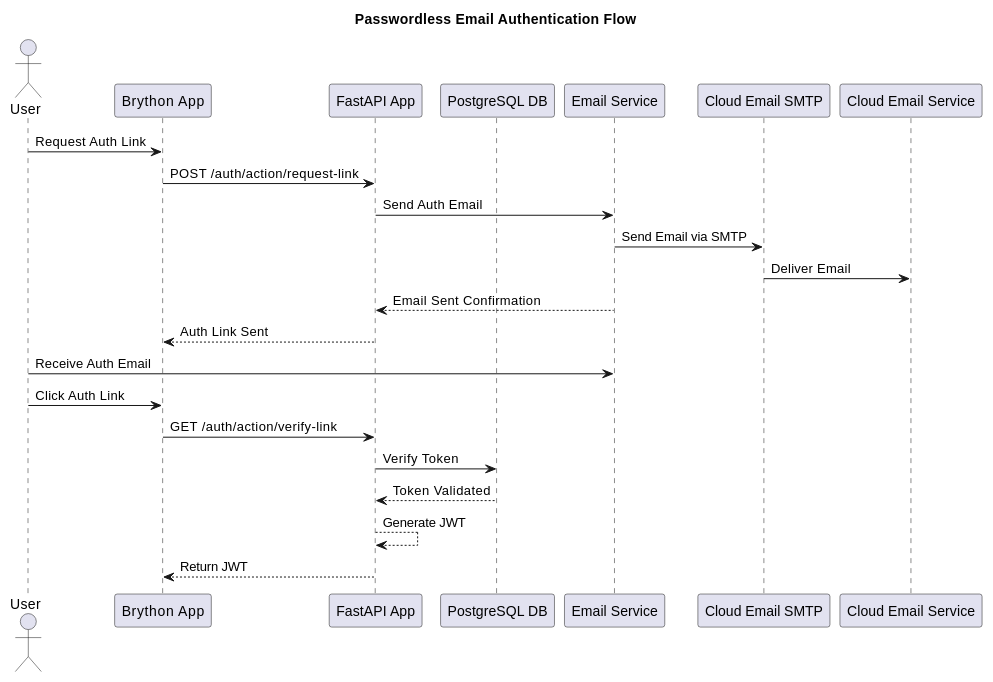
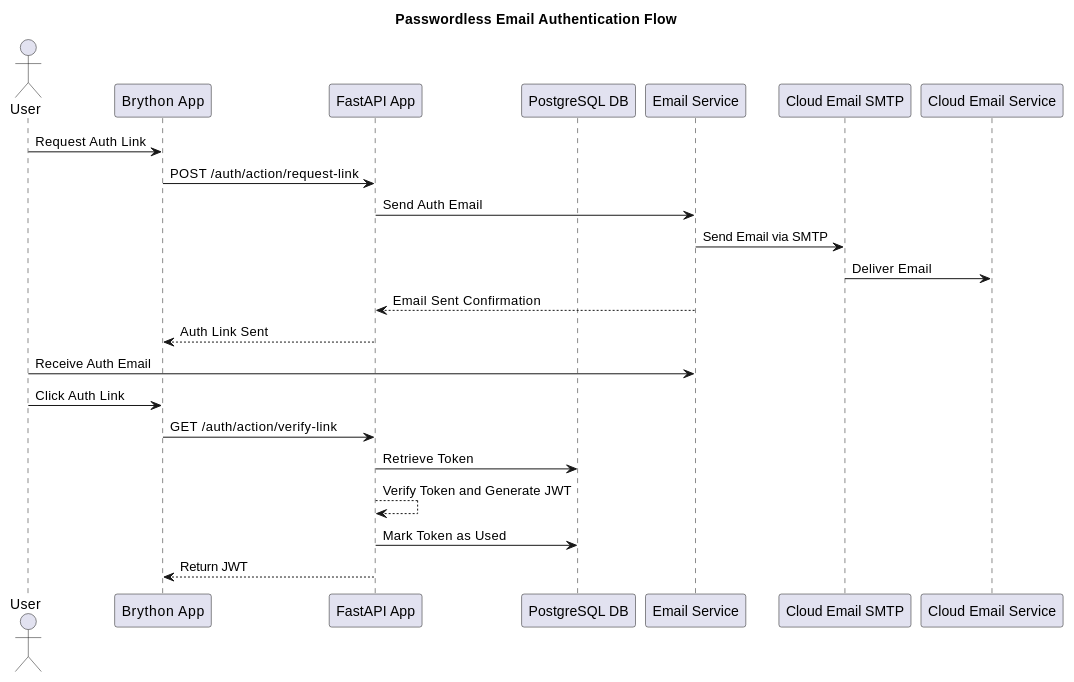
One commit to leshmark/gamegroup changed the third of 6 diagrams in Game Group Site.md. Above: the diagram before and after it, drawn with PlantUML. The commit also changed other lines of this file and 2 other files, not shown here.

Commit message:
Login window auto-close semantic fixes, and doc updates

````diff
--- a/Game Group Site.md
+++ b/Game Group Site.md
@@ -198,26 +198,27 @@
 ```plantuml
 @startuml
 title Passwordless Email Authentication Flow
 actor User
 participant "Brython App" as Brython
 participant "FastAPI App" as FastAPI
 participant "PostgreSQL DB" as DB
 participant "Email Service" as EmailService
 participant "Cloud Email SMTP" as CloudEmailSMTP
 participant "Cloud Email Service" as CloudEmailService
 User -> Brython : Request Auth Link
 Brython -> FastAPI : POST /auth/action/request-link
 FastAPI -> EmailService : Send Auth Email
 EmailService -> CloudEmailSMTP : Send Email via SMTP
 CloudEmailSMTP -> CloudEmailService : Deliver Email
 EmailService --> FastAPI : Email Sent Confirmation
 FastAPI --> Brython : Auth Link Sent
 User -> EmailService : Receive Auth Email
 User -> Brython : Click Auth Link
 Brython -> FastAPI : GET /auth/action/verify-link
-FastAPI -> DB : Verify Token
-DB --> FastAPI : Token Validated
-FastAPI --> FastAPI : Generate JWT
+FastAPI -> DB : Retrieve Token
+' DB --> FastAPI : Token Validated
+FastAPI --> FastAPI : Verify Token and Generate JWT
+FastAPI -> DB : Mark Token as Used
 FastAPI --> Brython : Return JWT
 @enduml
 ```
````
